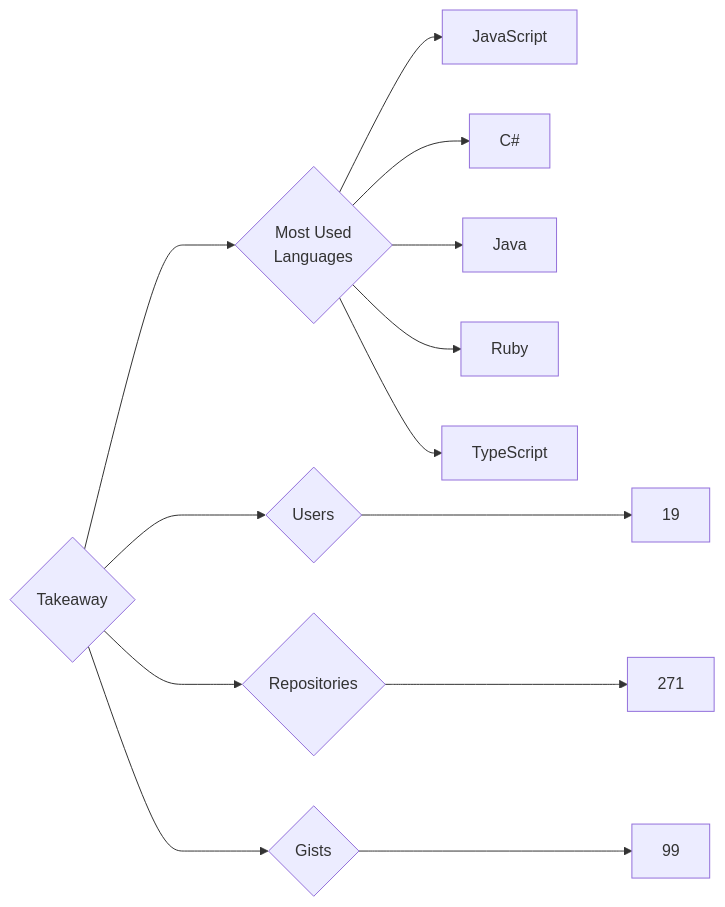
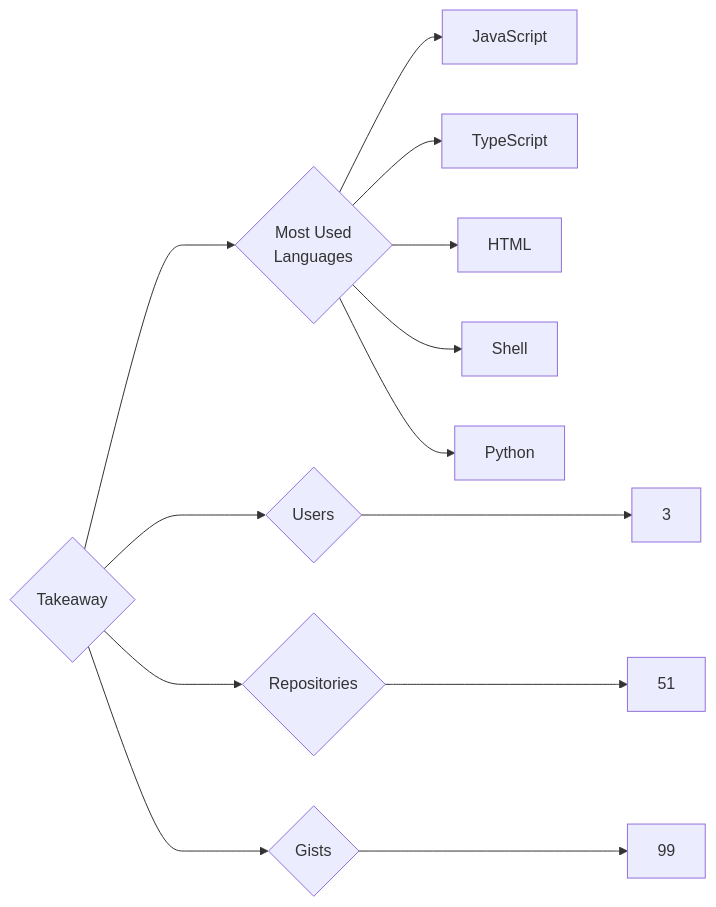
The diagram in targets/Takeaway/README.md (trickest/insiders), drawn with Mermaid before and after one commit. The commit also changed 681 other files, not shown here.

````diff
--- a/targets/Takeaway/README.md
+++ b/targets/Takeaway/README.md
@@ -3,13 +3,13 @@
 ```mermaid
 graph LR
 COMPANY_NAME{Takeaway}
-COMPANY_NAME ---> U{Users} ---> UN[19]
-COMPANY_NAME ---> R{Repositories} ---> RN[271]
+COMPANY_NAME ---> U{Users} ---> UN[3]
+COMPANY_NAME ---> R{Repositories} ---> RN[51]
 COMPANY_NAME ---> G{Gists} ---> GN[99]
 COMPANY_NAME ---> ML{Most Used<br>Languages}
 ML --> JavaScript[JavaScript]
-ML --> C#[C#]
-ML --> Java[Java]
-ML --> Ruby[Ruby]
 ML --> TypeScript[TypeScript]
+ML --> HTML[HTML]
+ML --> Shell[Shell]
+ML --> Python[Python]
 ```
````
